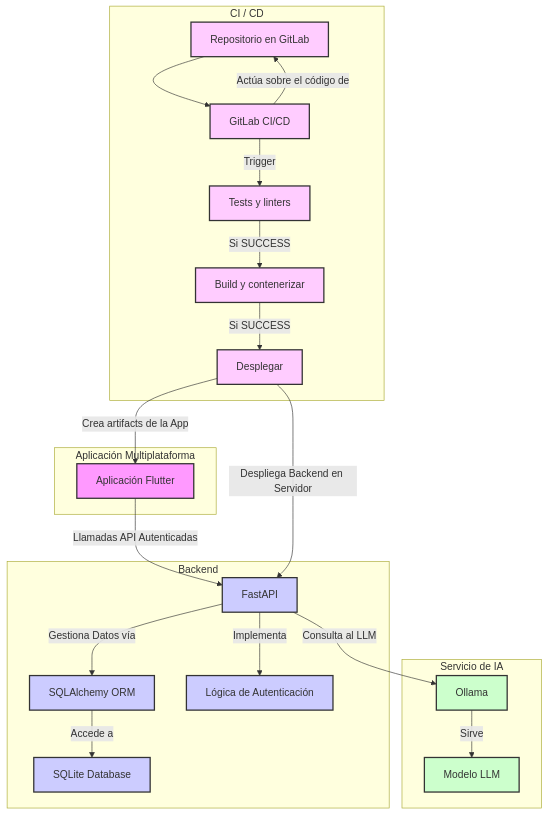
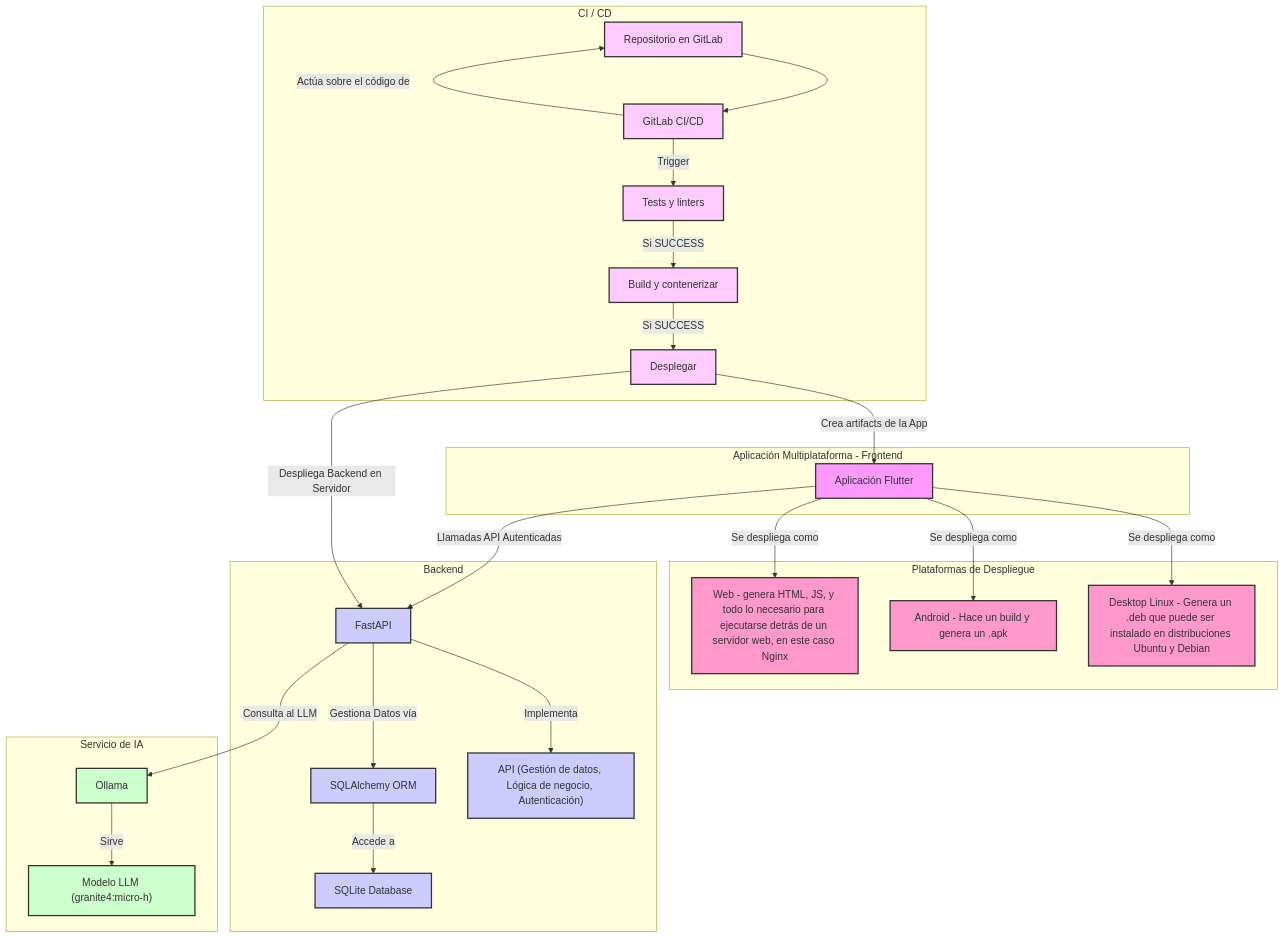
The diagram in documentacion/diagramas/arquitectura_sistema.mmd (adrianfusco/dillearning), drawn with Mermaid before and after one commit. The commit also changed 22 other files, not shown here.

```diff
--- a/documentacion/diagramas/arquitectura_sistema.mmd
+++ b/documentacion/diagramas/arquitectura_sistema.mmd
@@ -1,48 +1,59 @@
 graph TD
-    subgraph "Aplicación Multiplataforma"
+    subgraph "Aplicación Multiplataforma - Frontend"
         A[Aplicación Flutter]
+    end
+
+    subgraph "Plataformas de Despliegue"
+        M[Web - genera HTML, JS, y todo lo necesario para ejecutarse detrás de un servidor web, en este caso Nginx]
+        N[Android - Hace un build y genera un .apk]
+        O[Desktop Linux - Genera un .deb que puede ser instalado en distribuciones Ubuntu y Debian]
     end
 
     subgraph "Backend"
         B[FastAPI]
         C[SQLAlchemy ORM]
         D[SQLite Database]
-        E[Lógica de Autenticación]
-        B -- Gestiona Datos vía --> C
-        C -- Accede a --> D
-        B -- Implementa --> E
+        E["API (Gestión de datos, Lógica de negocio, Autenticación)"]
+        B -- "Gestiona Datos vía" --> C
+        C -- "Accede a" --> D
+        B -- "Implementa" --> E
     end
 
     subgraph "Servicio de IA"
         F[Ollama]
-        G[Modelo LLM]
-        F -- Sirve --> G
+        G["Modelo LLM (granite4:micro-h)"]
+        F -- "Sirve" --> G
     end
 
     subgraph "CI / CD"
         H["Repositorio en GitLab"]
         I[GitLab CI/CD]
         J["Tests y linters"]
         K["Build y contenerizar"]
         L["Desplegar"]
         H --> I
-        I -- Trigger --> J
-        J -- Si SUCCESS --> K
-        K -- Si SUCCESS --> L
+        I -- "Trigger" --> J
+        J -- "Si SUCCESS" --> K
+        K -- "Si SUCCESS" --> L
     end
 
     A -- "Llamadas API Autenticadas" --> B
     B -- "Consulta al LLM" --> F
+    A -- "Se despliega como" --> M
+    A -- "Se despliega como" --> N
+    A -- "Se despliega como" --> O
     L -- "Despliega Backend en Servidor" --> B
     L -- "Crea artifacts de la App" --> A
     I -- "Actúa sobre el código de" --> H
 
     classDef frontend fill:#f9f,stroke:#333,stroke-width:2px
     classDef backend fill:#ccf,stroke:#333,stroke-width:2px
     classDef ai fill:#cfc,stroke:#333,stroke-width:2px
     classDef devops fill:#fcf,stroke:#333,stroke-width:2px
+    classDef deployment fill:#f9c,stroke:#333,stroke-width:2px
 
     class A frontend
     class B,C,D,E backend
     class F,G ai
     class H,I,J,K,L devops
+    class M,N,O deployment
```
